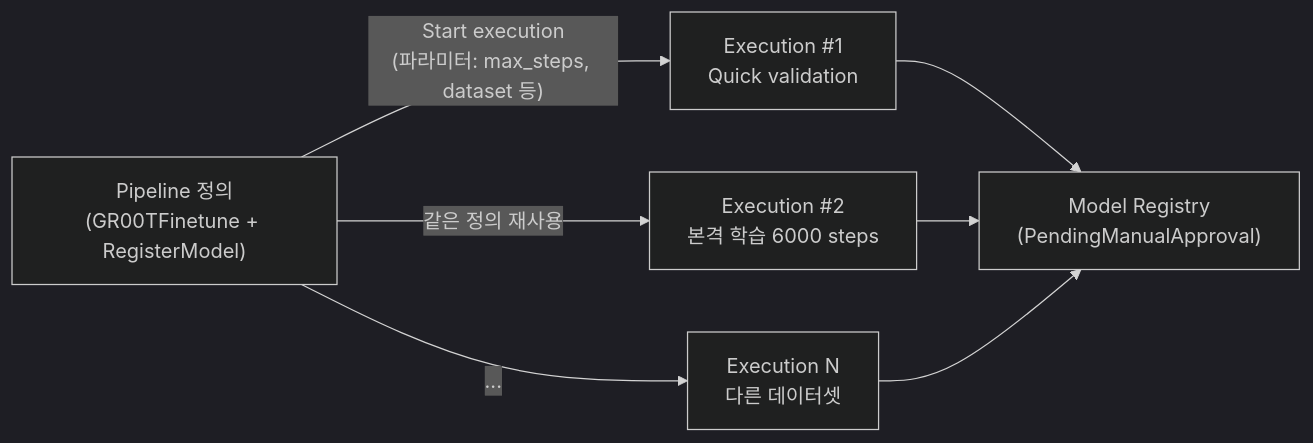
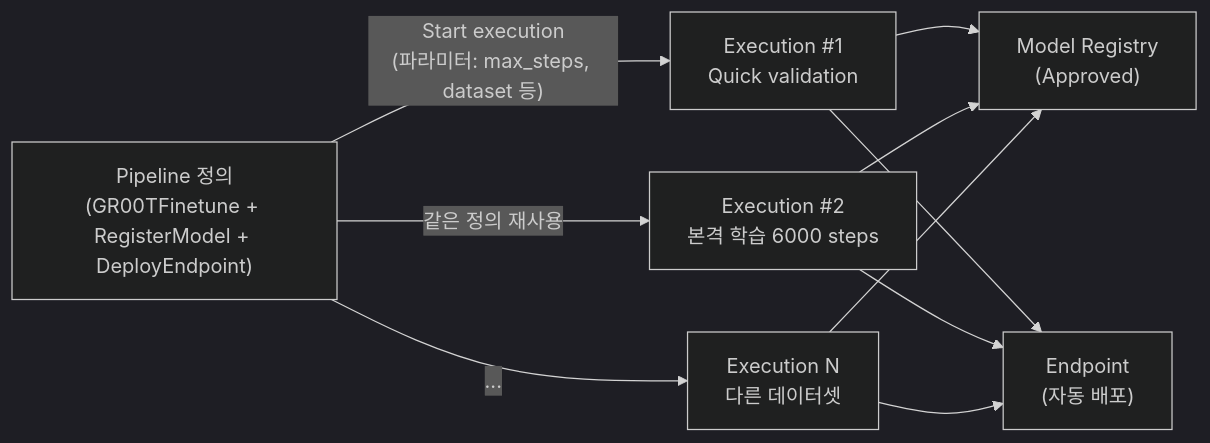
Before and after one commit to seokjushin/physical-ai-aws-docs: the first of 3 diagrams in physical-ai-on-aws-guide/nvidia-isaac-lab-on-aws/7.-finetune-sagemaker.md, drawn with Mermaid (dark theme). The commit also changed other lines of this file, not shown here.

````diff
--- a/physical-ai-on-aws-guide/nvidia-isaac-lab-on-aws/7.-finetune-sagemaker.md
+++ b/physical-ai-on-aws-guide/nvidia-isaac-lab-on-aws/7.-finetune-sagemaker.md
@@ -437,9 +464,12 @@
 ```mermaid
 flowchart LR
-    Definition["Pipeline 정의\n(GR00TFinetune + RegisterModel)"] -->|"Start execution\n(파라미터: max_steps, dataset 등)"| Exec1["Execution #1\nQuick validation"]
+    Definition["Pipeline 정의\n(GR00TFinetune + RegisterModel + DeployEndpoint)"] -->|"Start execution\n(파라미터: max_steps, dataset 등)"| Exec1["Execution #1\nQuick validation"]
     Definition -->|"같은 정의 재사용"| Exec2["Execution #2\n본격 학습 6000 steps"]
     Definition -->|"..."| ExecN["Execution N\n다른 데이터셋"]
-    Exec1 --> Reg["Model Registry\n(PendingManualApproval)"]
+    Exec1 --> Reg["Model Registry\n(Approved)"]
+    Exec1 --> EP["Endpoint\n(자동 배포)"]
     Exec2 --> Reg
+    Exec2 --> EP
     ExecN --> Reg
+    ExecN --> EP
 ```
````
